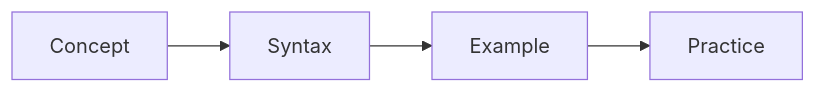
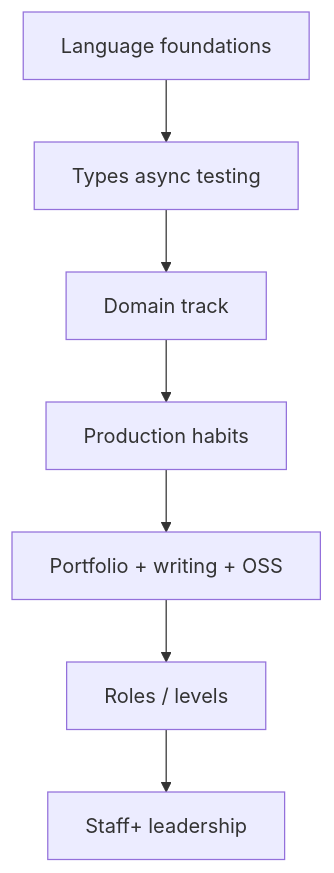
One commit to kanthi/books changed the diagram in books/Rust/content/09-observability-performance-career/05-career-roadmap.md. Above: the diagram before and after it, drawn with Mermaid. The commit also changed other lines of this file and 447 other files, not shown here.

````diff
--- a/books/Rust/content/09-observability-performance-career/05-career-roadmap.md
+++ b/books/Rust/content/09-observability-performance-career/05-career-roadmap.md
@@ -11,6 +26,9 @@
 ```mermaid
-flowchart LR
-    A[Concept] --> B[Syntax]
-    B --> C[Example]
-    C --> D[Practice]
+flowchart TB
+    Foundations[Language foundations] --> Intermediate[Types async testing]
+    Intermediate --> Domain[Domain track]
+    Domain --> Prod[Production habits]
+    Prod --> Signal[Portfolio + writing + OSS]
+    Signal --> Roles[Roles / levels]
+    Roles --> Lead[Staff+ leadership]
 ```
````
